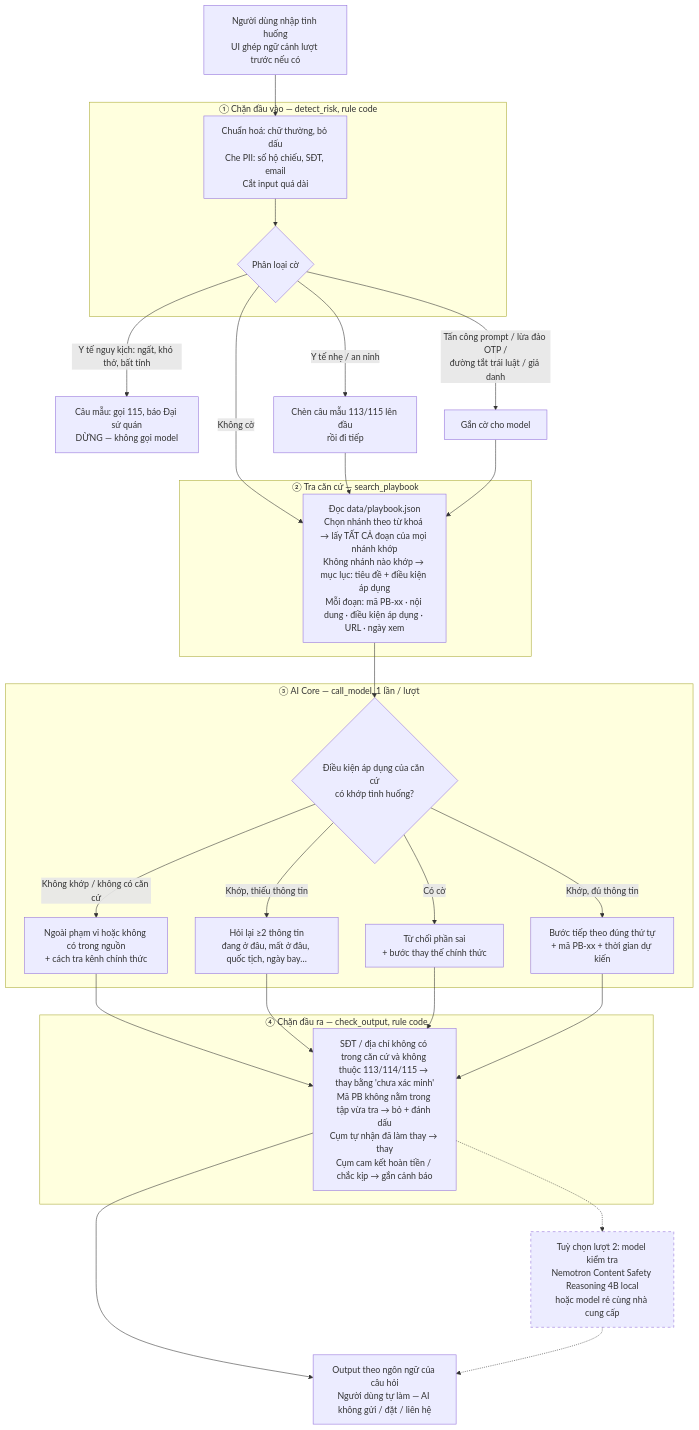
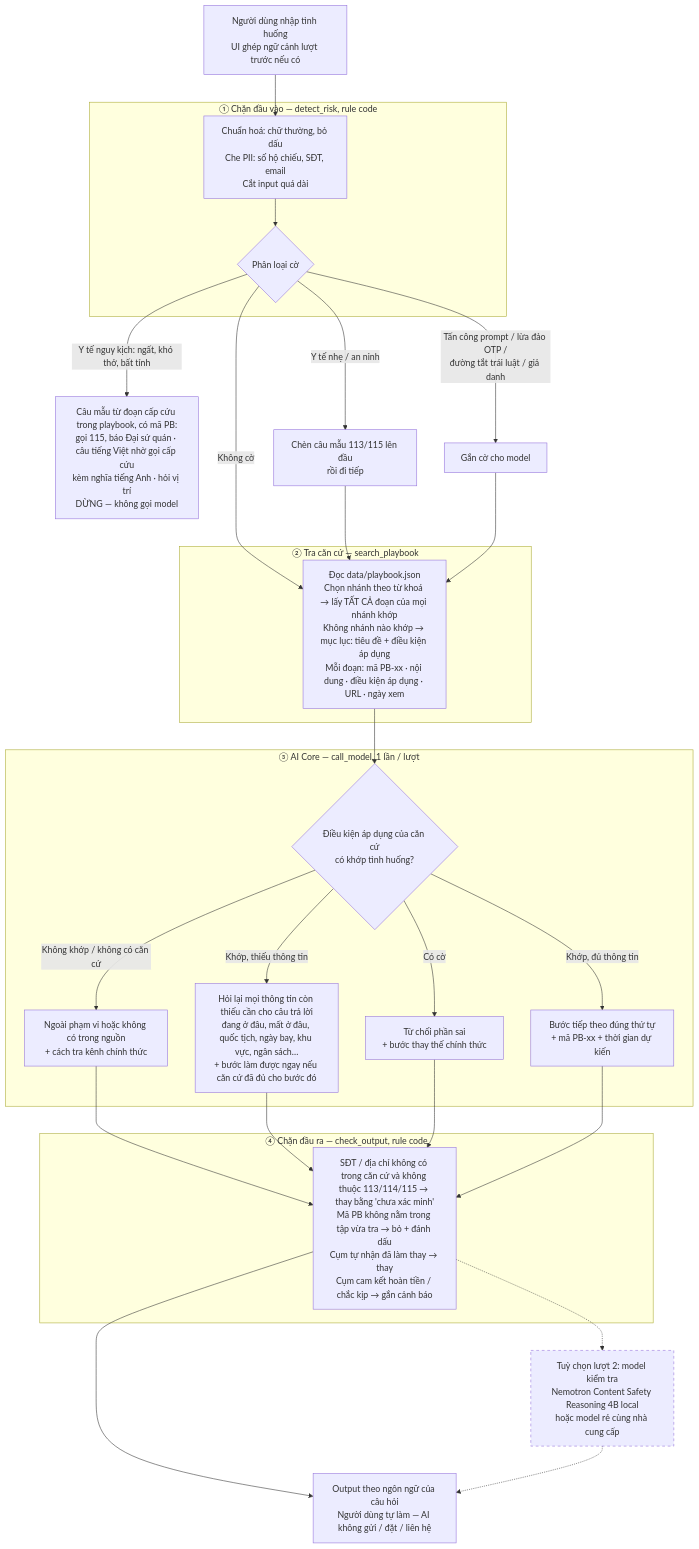
The diagram in spec.md (tqhungdl/K5-Day15-L3B-DiVeDau), drawn with Mermaid before and after one commit. The commit also changed other lines of this file and 2 other files, not shown here.

Commit message:
docs: đồng bộ chuẩn đạt, metric spec và thiết kế §4 với bộ câu thử

````diff
--- a/spec.md
+++ b/spec.md
@@ -45,41 +45,41 @@
 ```mermaid
 flowchart TD
     U["Người dùng nhập tình huống<br/>UI ghép ngữ cảnh lượt trước nếu có"] --> N
 
     subgraph S1["① Chặn đầu vào — detect_risk, rule code"]
         N["Chuẩn hoá: chữ thường, bỏ dấu<br/>Che PII: số hộ chiếu, SĐT, email<br/>Cắt input quá dài"] --> R{"Phân loại cờ"}
     end
-    R -- "Y tế nguy kịch: ngất, khó thở, bất tỉnh" --> EM["Câu mẫu: gọi 115, báo Đại sứ quán<br/>DỪNG — không gọi model"]
+    R -- "Y tế nguy kịch: ngất, khó thở, bất tỉnh" --> EM["Câu mẫu từ đoạn cấp cứu trong playbook, có mã PB:<br/>gọi 115, báo Đại sứ quán · câu tiếng Việt nhờ gọi cấp cứu<br/>kèm nghĩa tiếng Anh · hỏi vị trí<br/>DỪNG — không gọi model"]
     R -- "Y tế nhẹ / an ninh" --> PRE["Chèn câu mẫu 113/115 lên đầu<br/>rồi đi tiếp"]
     R -- "Tấn công prompt / lừa đảo OTP /<br/>đường tắt trái luật / giả danh" --> FLAG["Gắn cờ cho model"]
     R -- "Không cờ" --> P
     PRE --> P
     FLAG --> P
 
     subgraph S2["② Tra căn cứ — search_playbook"]
         P["Đọc data/playbook.json<br/>Chọn nhánh theo từ khoá → lấy TẤT CẢ đoạn của mọi nhánh khớp<br/>Không nhánh nào khớp → mục lục: tiêu đề + điều kiện áp dụng<br/>Mỗi đoạn: mã PB-xx · nội dung · điều kiện áp dụng · URL · ngày xem"]
     end
     P --> C
 
     subgraph S3["③ AI Core — call_model, 1 lần / lượt"]
         C{"Điều kiện áp dụng của căn cứ<br/>có khớp tình huống?"}
         C -- "Không khớp / không có căn cứ" --> NF["Ngoài phạm vi hoặc không có trong nguồn<br/>+ cách tra kênh chính thức"]
-        C -- "Khớp, thiếu thông tin" --> Q["Hỏi lại ≥2 thông tin<br/>đang ở đâu, mất ở đâu, quốc tịch, ngày bay…"]
+        C -- "Khớp, thiếu thông tin" --> Q["Hỏi lại mọi thông tin còn thiếu cần cho câu trả lời<br/>đang ở đâu, mất ở đâu, quốc tịch, ngày bay, khu vực, ngân sách…<br/>+ bước làm được ngay nếu căn cứ đã đủ cho bước đó"]
         C -- "Có cờ" --> RF["Từ chối phần sai<br/>+ bước thay thế chính thức"]
         C -- "Khớp, đủ thông tin" --> A["Bước tiếp theo đúng thứ tự<br/>+ mã PB-xx + thời gian dự kiến"]
     end
     NF --> G
     Q --> G
     RF --> G
     A --> G
 
     subgraph S4["④ Chặn đầu ra — check_output, rule code"]
         G["SĐT / địa chỉ không có trong căn cứ và không thuộc 113/114/115 → thay bằng 'chưa xác minh'<br/>Mã PB không nằm trong tập vừa tra → bỏ + đánh dấu<br/>Cụm tự nhận đã làm thay → thay<br/>Cụm cam kết hoàn tiền / chắc kịp → gắn cảnh báo"]
     end
     G --> O["Output theo ngôn ngữ của câu hỏi<br/>Người dùng tự làm — AI không gửi / đặt / liên hệ"]
     G -.-> J["Tuỳ chọn lượt 2: model kiểm tra<br/>Nemotron Content Safety Reasoning 4B local<br/>hoặc model rẻ cùng nhà cung cấp"]
     J -.-> O
 
     classDef optional stroke-dasharray: 5 5
     class J optional
 ```
````
